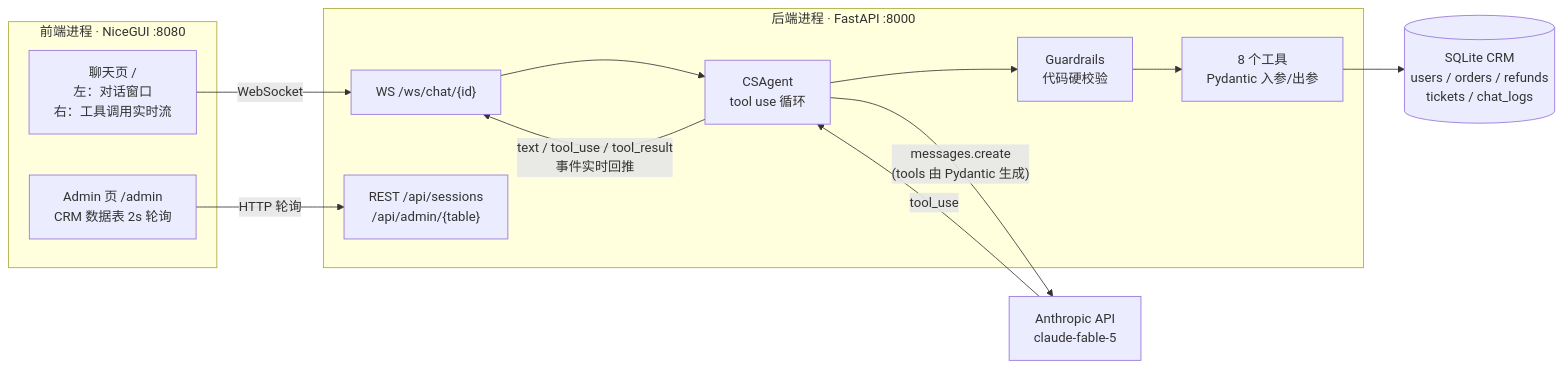
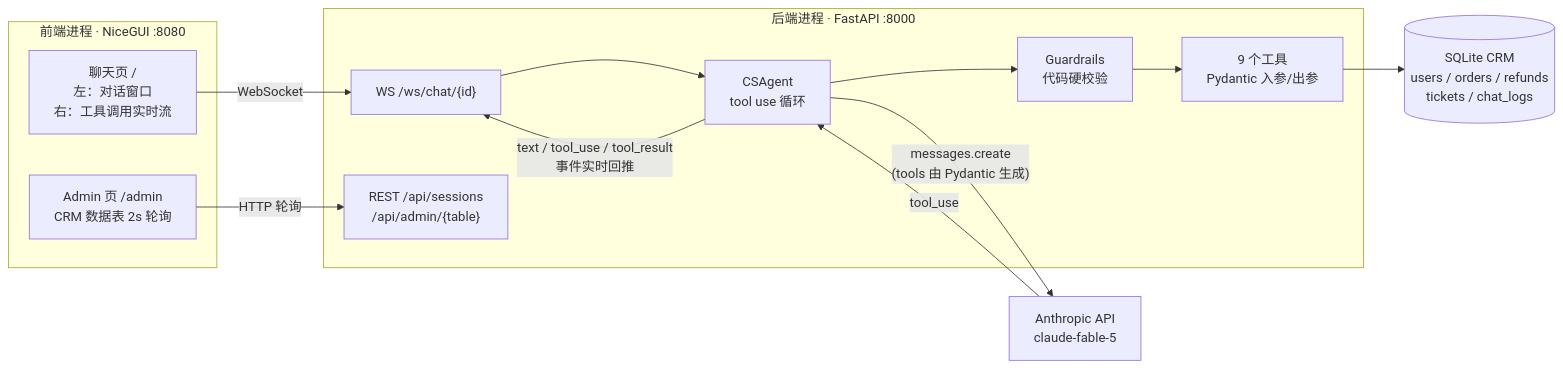
Before and after one commit to tokens-overflow/SCL: the diagram in ai-cs-agent/README.md, drawn with Mermaid. The commit also changed other lines of this file and 32 other files, not shown here.

````diff
--- a/ai-cs-agent/README.md
+++ b/ai-cs-agent/README.md
@@ -30,26 +32,26 @@
 ```mermaid
 flowchart LR
     subgraph FE["前端进程 · NiceGUI :8080"]
         Chat["聊天页 /<br/>左：对话窗口<br/>右：工具调用实时流"]
         Admin["Admin 页 /admin<br/>CRM 数据表 2s 轮询"]
     end
 
     subgraph BE["后端进程 · FastAPI :8000"]
         WS["WS /ws/chat/{id}"]
         REST["REST /api/sessions<br/>/api/admin/{table}"]
         Agent["CSAgent<br/>tool use 循环"]
         Guard["Guardrails<br/>代码硬校验"]
-        Tools["8 个工具<br/>Pydantic 入参/出参"]
+        Tools["9 个工具<br/>Pydantic 入参/出参"]
     end
 
     DB[("SQLite CRM<br/>users / orders / refunds<br/>tickets / chat_logs")]
     Claude["Anthropic API<br/>claude-fable-5"]
 
     Chat -- "WebSocket" --> WS
     Admin -- "HTTP 轮询" --> REST
     WS --> Agent
     Agent -- "messages.create<br/>(tools 由 Pydantic 生成)" --> Claude
     Claude -- "tool_use" --> Agent
     Agent --> Guard --> Tools --> DB
     Agent -- "text / tool_use / tool_result<br/>事件实时回推" --> WS
 ```
````
